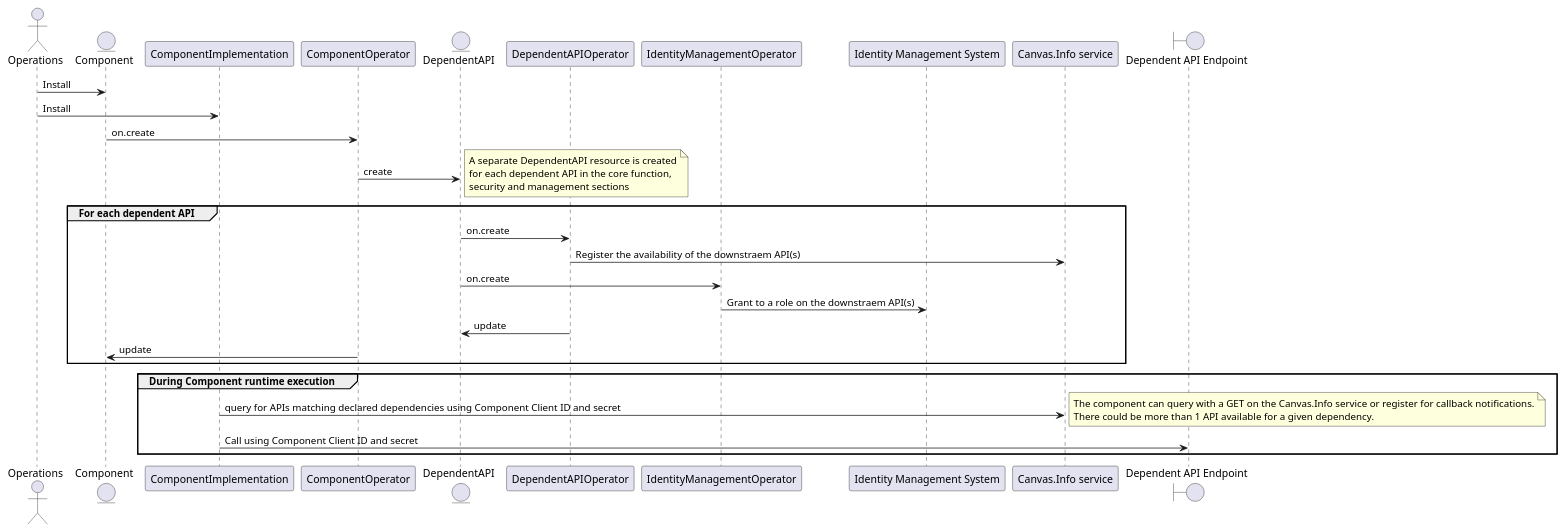
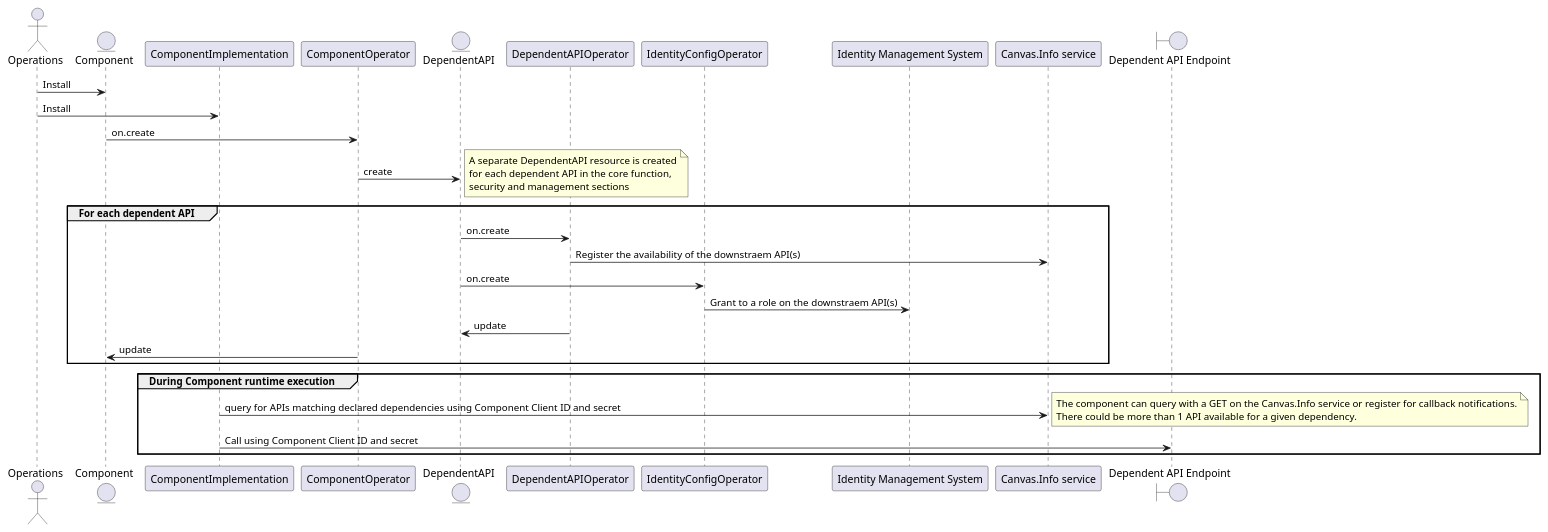
The diagram in usecase-library/pumlFiles/discover-dependent-API.puml (tmforum-oda/oda-canvas), drawn with PlantUML before and after one commit.

Commit message:
Changed IdentityManagementOperator to IdentityConfigOperator

```diff
--- a/usecase-library/pumlFiles/discover-dependent-API.puml
+++ b/usecase-library/pumlFiles/discover-dependent-API.puml
@@ -1,42 +1,42 @@
 @startuml
 
 actor Operations
 entity Component
 participant ComponentImplementation
 participant ComponentOperator
 entity DependentAPI
 participant DependentAPIOperator
-participant IdentityManagementOperator
+participant IdentityConfigOperator
 participant "Identity Management System"
 participant "Canvas.Info service"
 boundary "Dependent API Endpoint"
 
 
 Operations -> Component : Install
 Operations -> ComponentImplementation : Install
 Component -> ComponentOperator: on.create 
 ComponentOperator -> DependentAPI: create
 note right
     A separate DependentAPI resource is created
     for each dependent API in the core function,
     security and management sections
 end note
 group For each dependent API
     DependentAPI -> DependentAPIOperator: on.create
     DependentAPIOperator -> "Canvas.Info service" : Register the availability of the downstraem API(s)
-    DependentAPI -> IdentityManagementOperator: on.create
-    IdentityManagementOperator -> "Identity Management System" : Grant to a role on the downstraem API(s)
+    DependentAPI -> IdentityConfigOperator: on.create
+    IdentityConfigOperator -> "Identity Management System" : Grant to a role on the downstraem API(s)
 
     DependentAPI <- DependentAPIOperator: update
     Component <- ComponentOperator: update 
 end
 group During Component runtime execution
     ComponentImplementation -> "Canvas.Info service": query for APIs matching declared dependencies using Component Client ID and secret
     note right
         The component can query with a GET on the Canvas.Info service or register for callback notifications.
         There could be more than 1 API available for a given dependency.
     end note
     ComponentImplementation -> "Dependent API Endpoint": Call using Component Client ID and secret
 
 end
 @enduml
```
